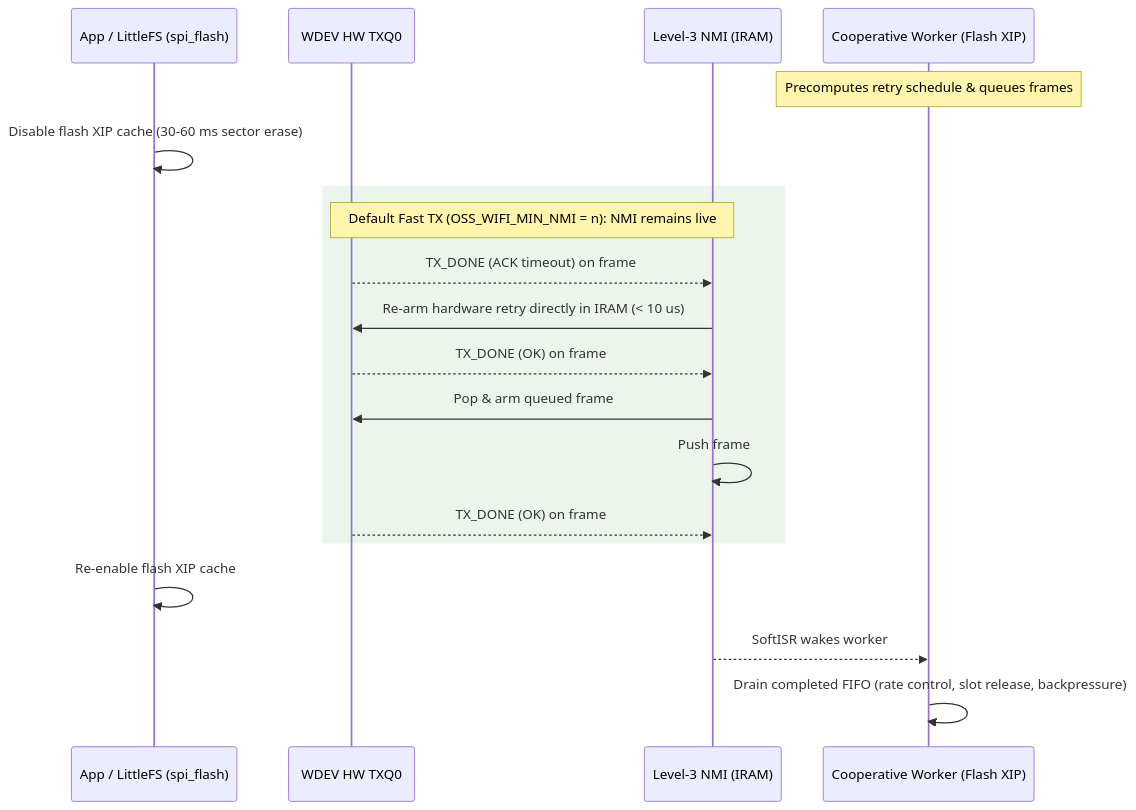
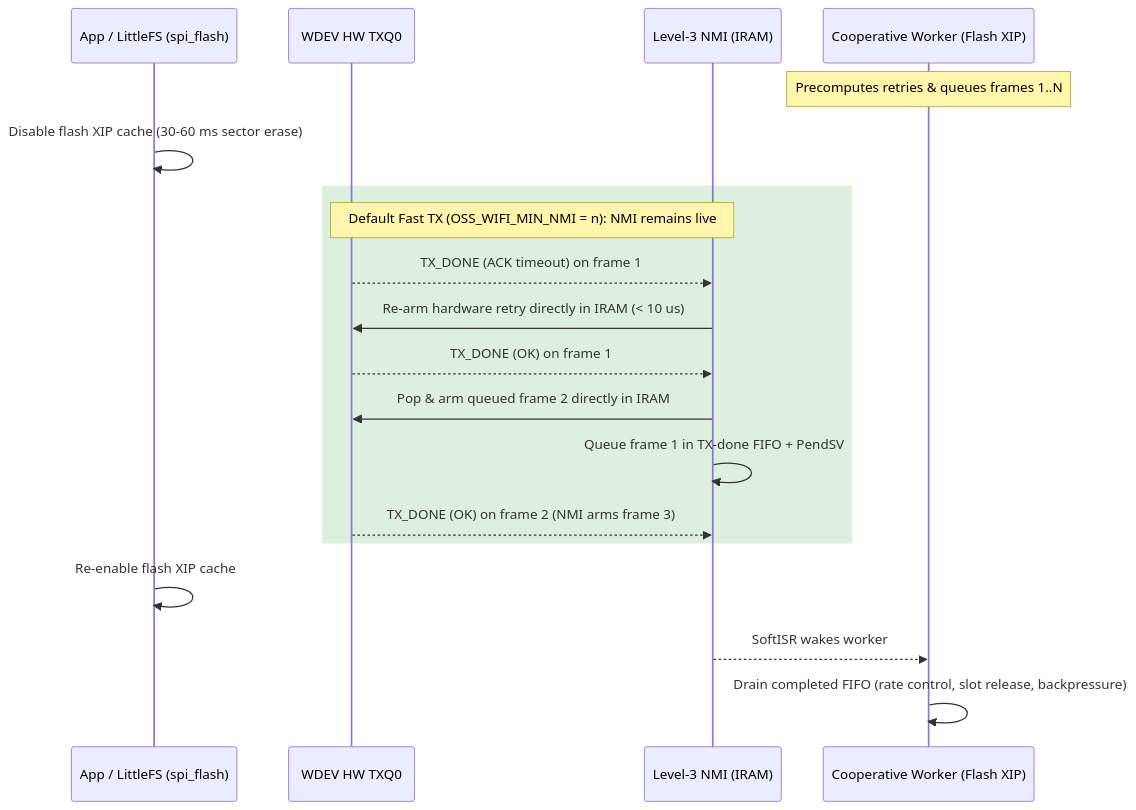
The second of 4 diagrams in components/esp8266/WIFI_DESIGN.md (Adam5Wu/ESP8266_RTOS_SDK), drawn with Mermaid before and after one commit.

Commit message:
docs(esp8266): fix dark-theme contrast and label truncation in Fast TX sequence diagram

````diff
--- a/components/esp8266/WIFI_DESIGN.md
+++ b/components/esp8266/WIFI_DESIGN.md
@@ -110,24 +110,24 @@
 ```mermaid
 sequenceDiagram
     participant Flash as App / LittleFS (spi_flash)
     participant WDEV as WDEV HW TXQ0
     participant NMI as Level-3 NMI (IRAM)
     participant Worker as Cooperative Worker (Flash XIP)
 
-    Note over Worker: Precomputes retry schedule & queues frames #1..#N on TXQ0
+    Note over Worker: Precomputes retries & queues frames 1..N
     Flash->>Flash: Disable flash XIP cache (30-60 ms sector erase)
 
-    rect rgb(235, 245, 235)
+    rect rgba(46, 160, 67, 0.16)
         Note over WDEV,NMI: Default Fast TX (OSS_WIFI_MIN_NMI = n): NMI remains live
-        WDEV-->>NMI: TX_DONE (ACK timeout) on frame #1
+        WDEV-->>NMI: TX_DONE (ACK timeout) on frame 1
         NMI->>WDEV: Re-arm hardware retry directly in IRAM (< 10 us)
-        WDEV-->>NMI: TX_DONE (OK) on frame #1
-        NMI->>WDEV: Pop & arm queued frame #2 directly in IRAM
-        NMI->>NMI: Push frame #1 onto coalesced TX-done FIFO + PendSV
-        WDEV-->>NMI: TX_DONE (OK) on frame #2 -> arm frame #3
+        WDEV-->>NMI: TX_DONE (OK) on frame 1
+        NMI->>WDEV: Pop & arm queued frame 2 directly in IRAM
+        NMI->>NMI: Queue frame 1 in TX-done FIFO + PendSV
+        WDEV-->>NMI: TX_DONE (OK) on frame 2 (NMI arms frame 3)
     end
 
     Flash->>Flash: Re-enable flash XIP cache
     NMI-->>Worker: SoftISR wakes worker
     Worker->>Worker: Drain completed FIFO (rate control, slot release, backpressure)
 ```
````
